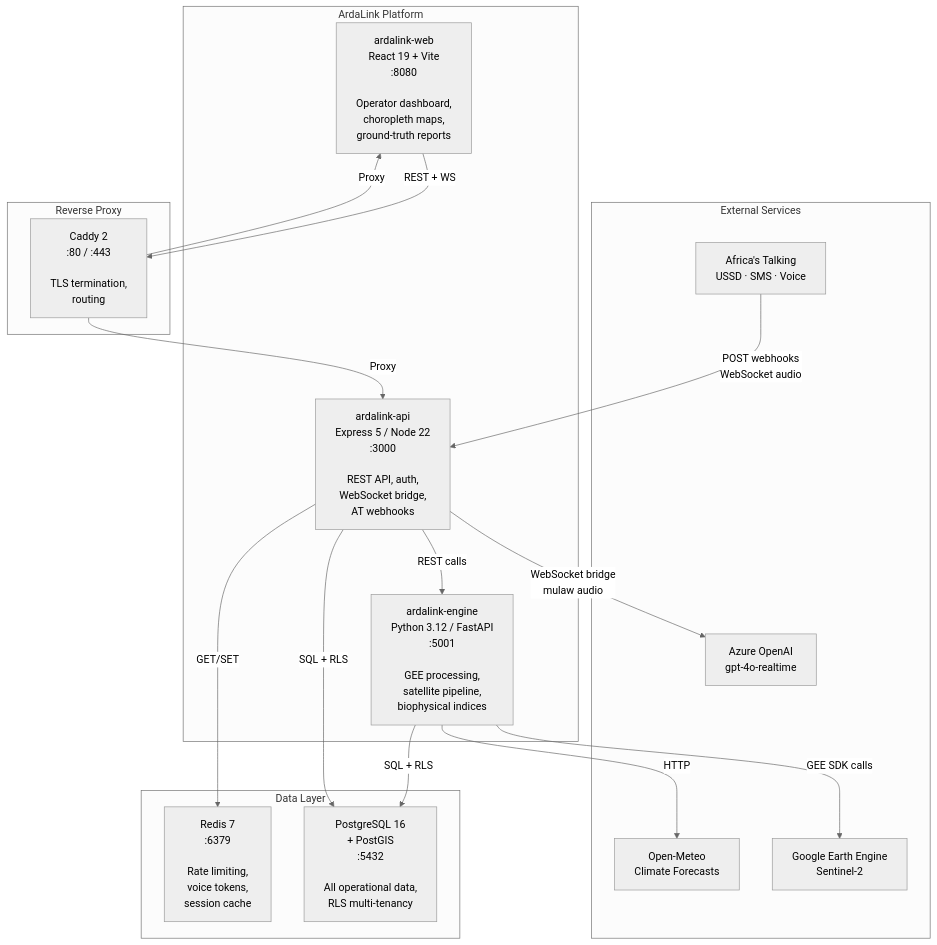
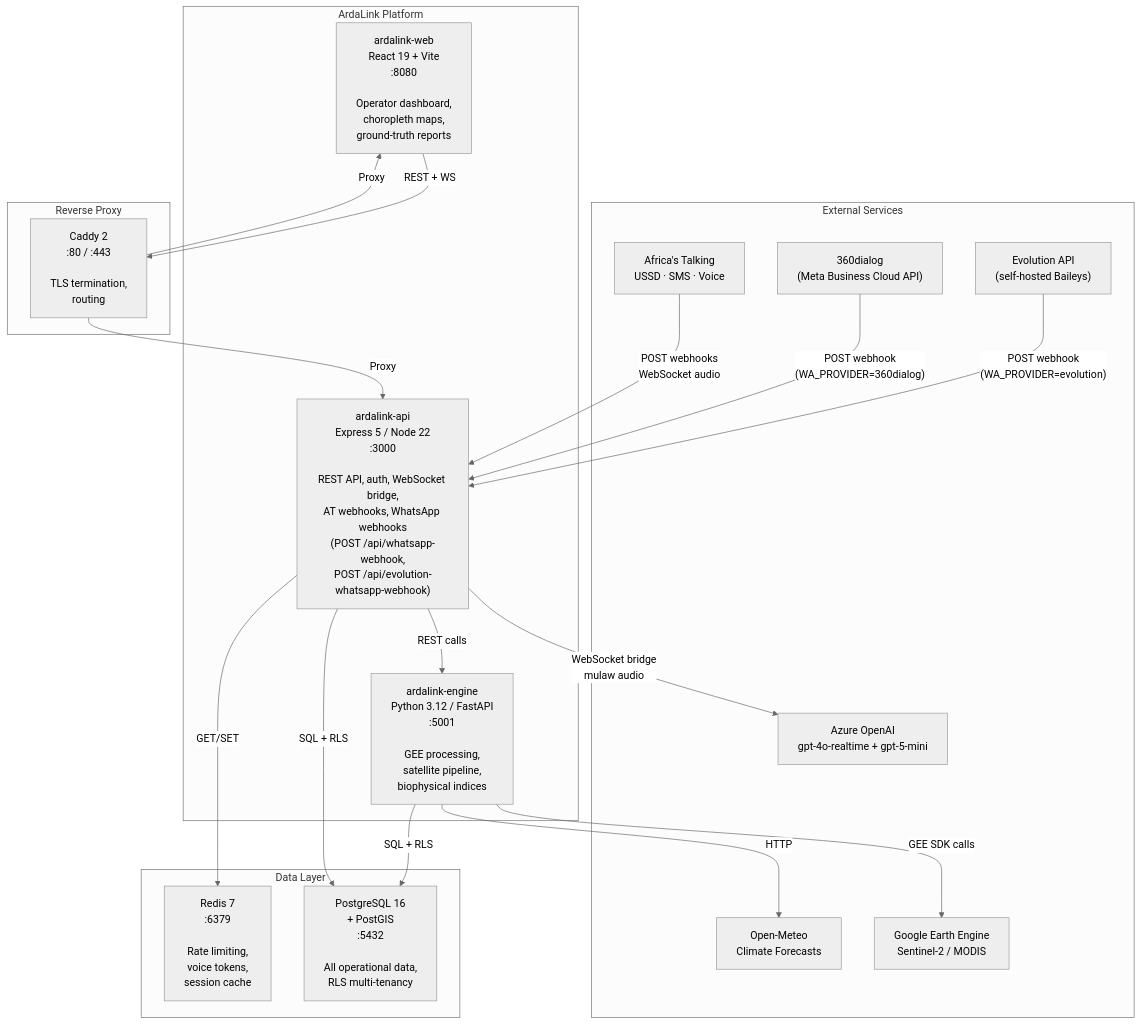
The second of 2 diagrams in Arda-link-AI-Docs/architecture.md (JHUB-AFRICA/arda-link-ai), drawn with Mermaid (neutral theme) before and after one commit. The commit also changed other lines of this file and 10 other files, not shown here.

First line of the commit message:
docs: refresh architecture docs with WhatsApp channel + Meta API blocker

````diff
--- a/Arda-link-AI-Docs/architecture.md
+++ b/Arda-link-AI-Docs/architecture.md
@@ -60,36 +65,40 @@
 ```mermaid
 flowchart TB
     subgraph External ["External Services"]
         AT["Africa's Talking\nUSSD · SMS · Voice"]
-        GEE["Google Earth Engine\nSentinel-2"]
-        AzureAI["Azure OpenAI\ngpt-4o-realtime"]
+        WA360["360dialog\n(Meta Business Cloud API)"]
+        Evo["Evolution API\n(self-hosted Baileys)"]
+        GEE["Google Earth Engine\nSentinel-2 / MODIS"]
+        AzureAI["Azure OpenAI\ngpt-4o-realtime + gpt-5-mini"]
         WeatherAPI["Open-Meteo\nClimate Forecasts"]
     end
 
     subgraph ArdaLink ["ArdaLink Platform"]
         Web["ardalink-web\nReact 19 + Vite\n:8080\n\nOperator dashboard,\nchoropleth maps,\nground-truth reports"]
-        API["ardalink-api\nExpress 5 / Node 22\n:3000\n\nREST API, auth,\nWebSocket bridge,\nAT webhooks"]
+        API["ardalink-api\nExpress 5 / Node 22\n:3000\n\nREST API, auth, WebSocket bridge,\nAT webhooks, WhatsApp webhooks\n(POST /api/whatsapp-webhook,\nPOST /api/evolution-whatsapp-webhook)"]
         Engine["ardalink-engine\nPython 3.12 / FastAPI\n:5001\n\nGEE processing,\nsatellite pipeline,\nbiophysical indices"]
     end
 
     subgraph Data ["Data Layer"]
         PG["PostgreSQL 16\n+ PostGIS\n:5432\n\nAll operational data,\nRLS multi-tenancy"]
         Redis["Redis 7\n:6379\n\nRate limiting,\nvoice tokens,\nsession cache"]
     end
 
     subgraph Proxy ["Reverse Proxy"]
         Caddy["Caddy 2\n:80 / :443\n\nTLS termination,\nrouting"]
     end
 
     AT -->|"POST webhooks\nWebSocket audio"| API
+    WA360 -->|"POST webhook\n(WA_PROVIDER=360dialog)"| API
+    Evo -->|"POST webhook\n(WA_PROVIDER=evolution)"| API
     API -->|"WebSocket bridge\nmulaw audio"| AzureAI
     Web -->|"REST + WS"| Caddy
     Caddy -->|"Proxy"| API
     Caddy -->|"Proxy"| Web
     API -->|"REST calls"| Engine
     Engine -->|"GEE SDK calls"| GEE
     Engine -->|"HTTP"| WeatherAPI
     API -->|"SQL + RLS"| PG
     Engine -->|"SQL + RLS"| PG
     API -->|"GET/SET"| Redis
 ```
````
